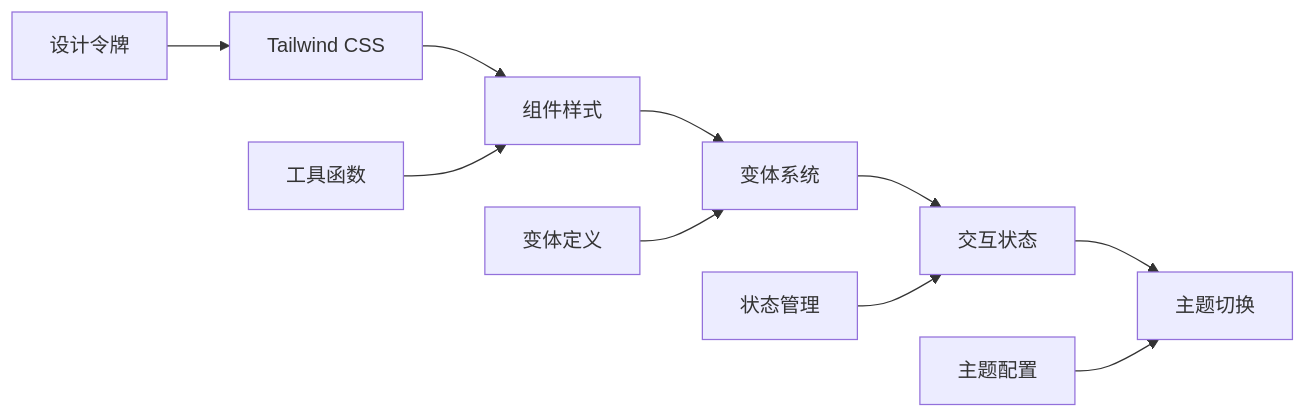
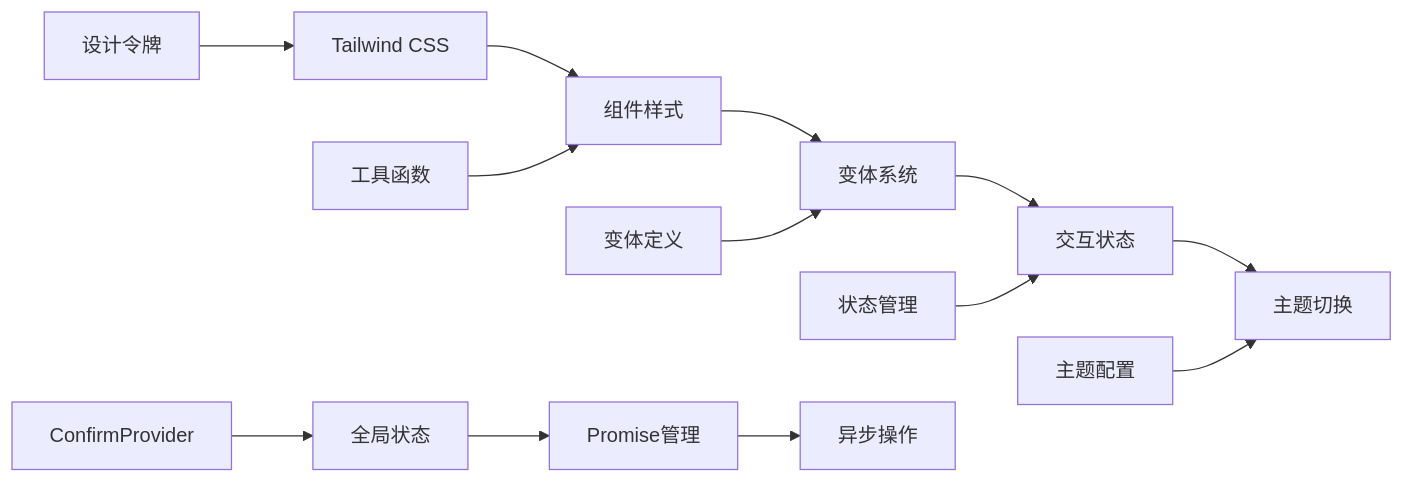
The ninth of 9 diagrams in .qoder/repowiki/zh/content/前端组件/Apple Liquid Glass UI组件系统.md (RadiumAg/AIGate), drawn with Mermaid before and after one commit. The commit also changed other lines of this file and 2 other files, not shown here.

````diff
--- a/.qoder/repowiki/zh/content/前端组件/Apple Liquid Glass UI组件系统.md
+++ b/.qoder/repowiki/zh/content/前端组件/Apple Liquid Glass UI组件系统.md
@@ -414,12 +576,15 @@
 ```mermaid
 flowchart LR
 A[设计令牌] --> B[Tailwind CSS]
 B --> C[组件样式]
 C --> D[变体系统]
 D --> E[交互状态]
 E --> F[主题切换]
 G[工具函数] --> C
 H[变体定义] --> D
 I[状态管理] --> E
 J[主题配置] --> F
+K[ConfirmProvider] --> L[全局状态]
+L --> M[Promise管理]
+M --> N[异步操作]
 ```
````
